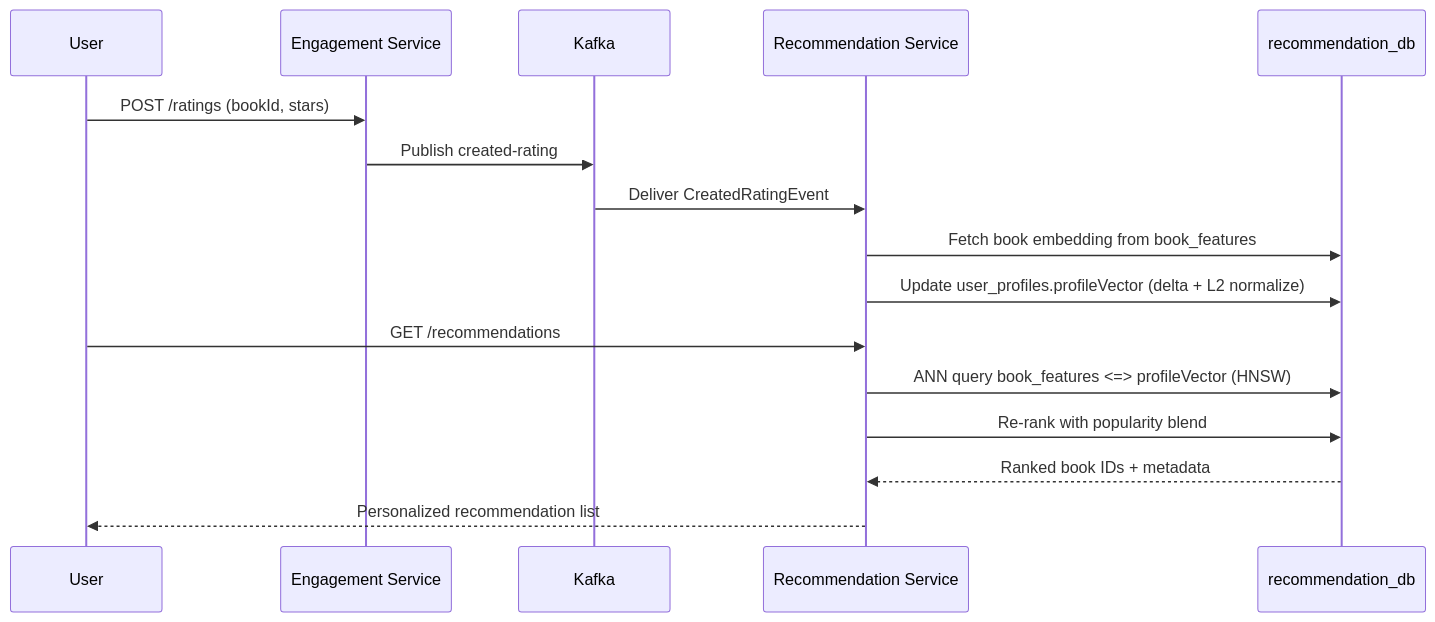
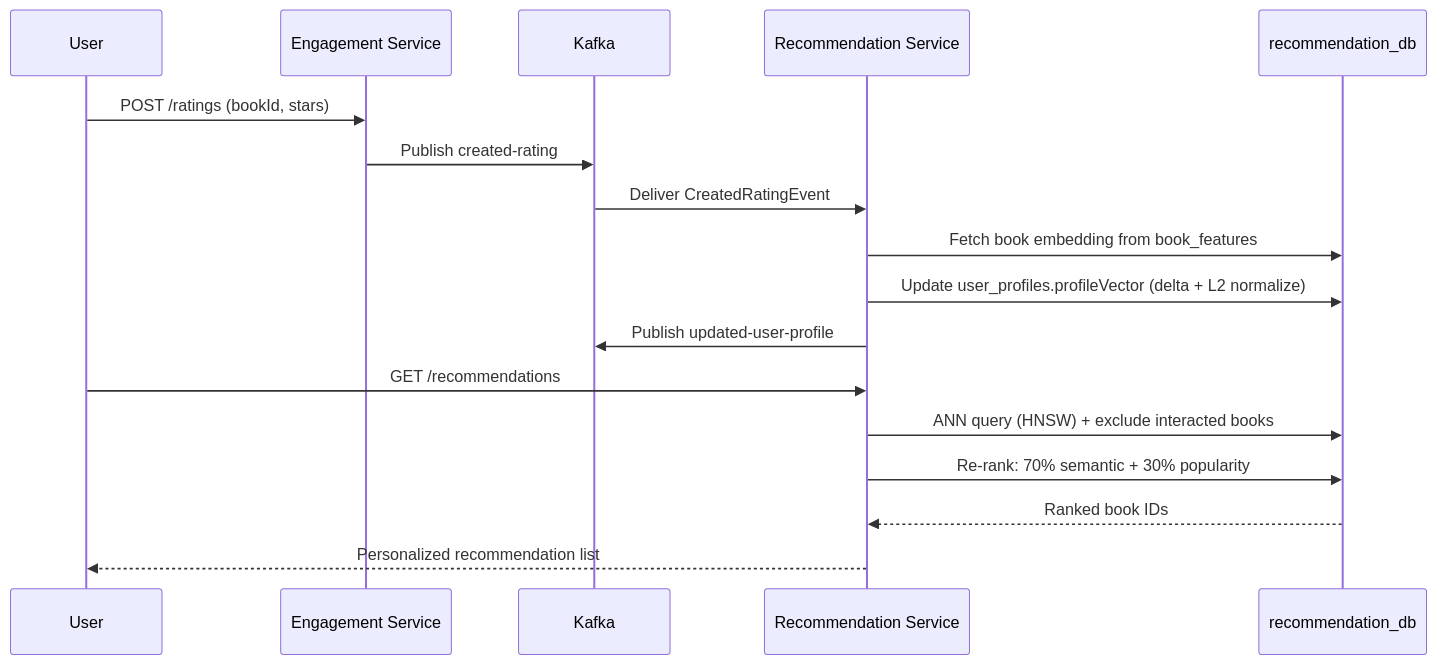
The fourth of 5 diagrams in README.md (Luca5Eckert/VellumHub), drawn with Mermaid before and after one commit. The commit also changed other lines of this file, not shown here.

First line of the commit message:
chore: revise README for VellumHub architecture updates

````diff
--- a/README.md
+++ b/README.md
@@ -301,20 +379,21 @@
 ```mermaid
 sequenceDiagram
     participant User
     participant ES as Engagement Service
     participant K as Kafka
     participant RS as Recommendation Service
     participant DB as recommendation_db
 
     User->>ES: POST /ratings (bookId, stars)
     ES->>K: Publish created-rating
     K->>RS: Deliver CreatedRatingEvent
     RS->>DB: Fetch book embedding from book_features
     RS->>DB: Update user_profiles.profileVector (delta + L2 normalize)
+    RS->>K: Publish updated-user-profile
 
     User->>RS: GET /recommendations
-    RS->>DB: ANN query book_features <=> profileVector (HNSW)
-    RS->>DB: Re-rank with popularity blend
-    DB-->>RS: Ranked book IDs + metadata
+    RS->>DB: ANN query (HNSW) + exclude interacted books
+    RS->>DB: Re-rank: 70% semantic + 30% popularity
+    DB-->>RS: Ranked book IDs
     RS-->>User: Personalized recommendation list
 ```
````
